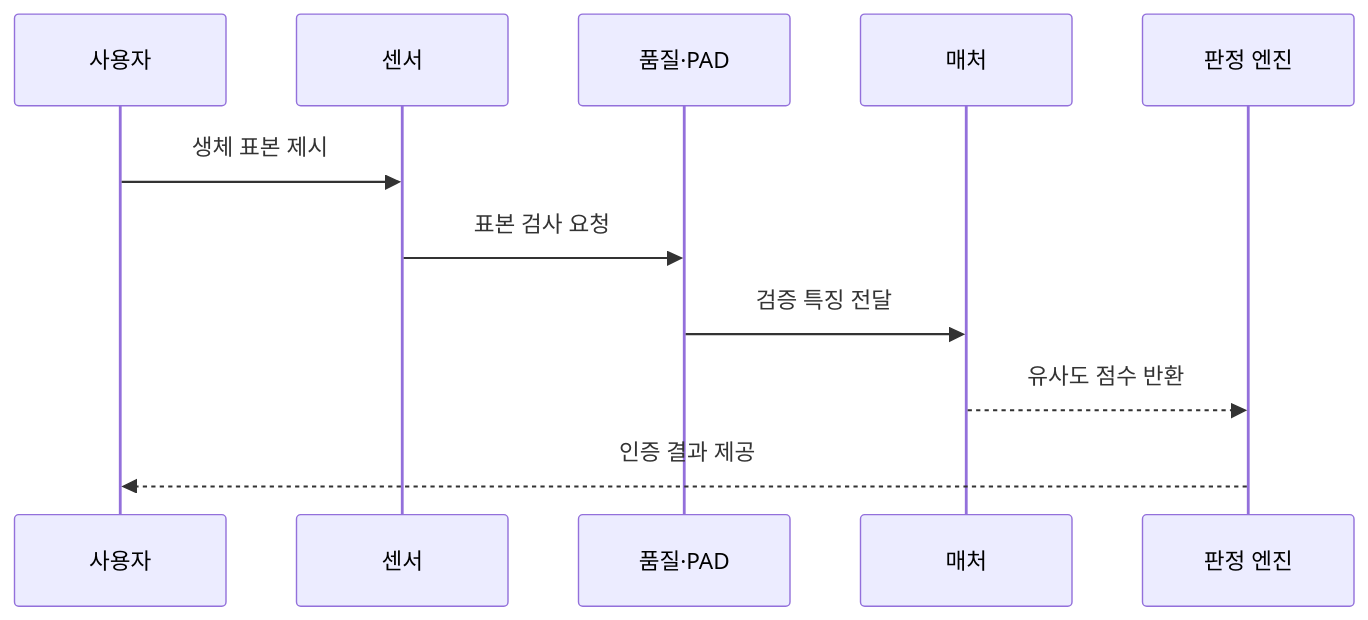
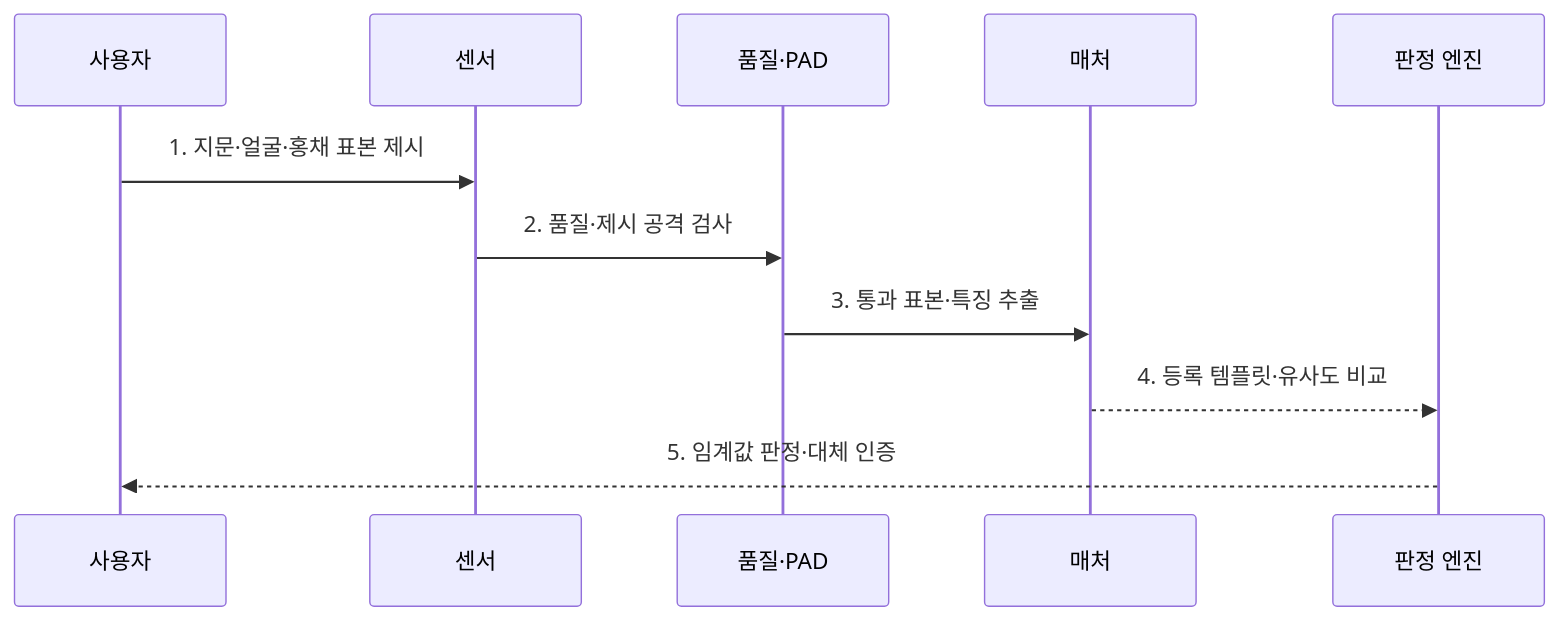
The second of 2 diagrams in src/content/docs/notes/05-security/070_biometric.md (agnusdei1207/knowledge-base), drawn with Mermaid before and after one commit. The commit also changed other lines of this file and 7 other files, not shown here.

````diff
--- a/src/content/docs/notes/05-security/070_biometric.md
+++ b/src/content/docs/notes/05-security/070_biometric.md
@@ -85,13 +84,13 @@
 ```mermaid
 sequenceDiagram
     participant U as 사용자
     participant S as 센서
     participant P as 품질·PAD
     participant M as 매처
     participant A as 판정 엔진
-    U->>S: 생체 표본 제시
-    S->>P: 표본 검사 요청
-    P->>M: 검증 특징 전달
-    M-->>A: 유사도 점수 반환
-    A-->>U: 인증 결과 제공
+    U->>S: 1. 지문·얼굴·홍채 표본 제시
+    S->>P: 2. 품질·제시 공격 검사
+    P->>M: 3. 통과 표본·특징 추출
+    M-->>A: 4. 등록 템플릿·유사도 비교
+    A-->>U: 5. 임계값 판정·대체 인증
 ```
````
